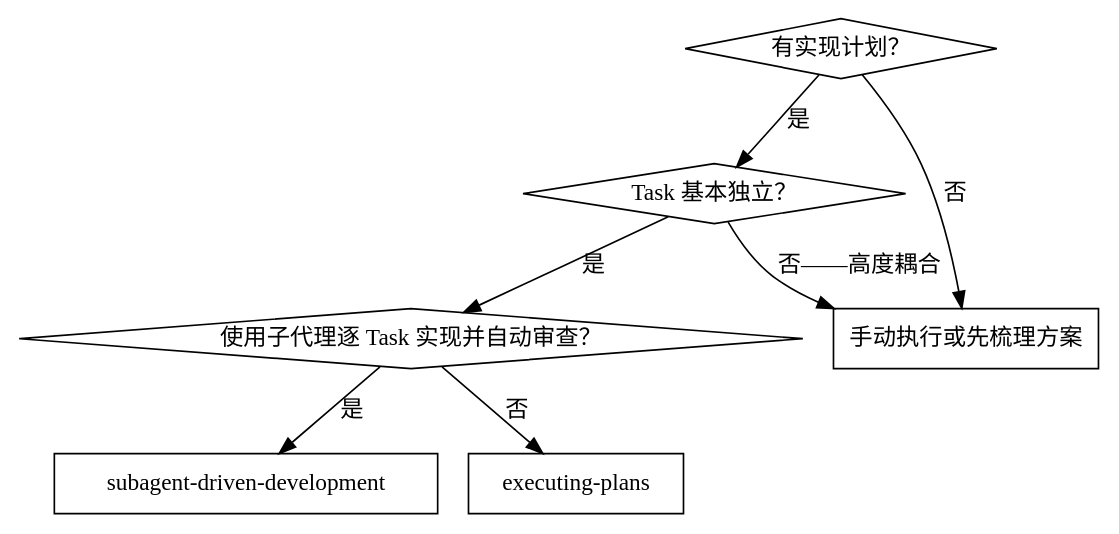
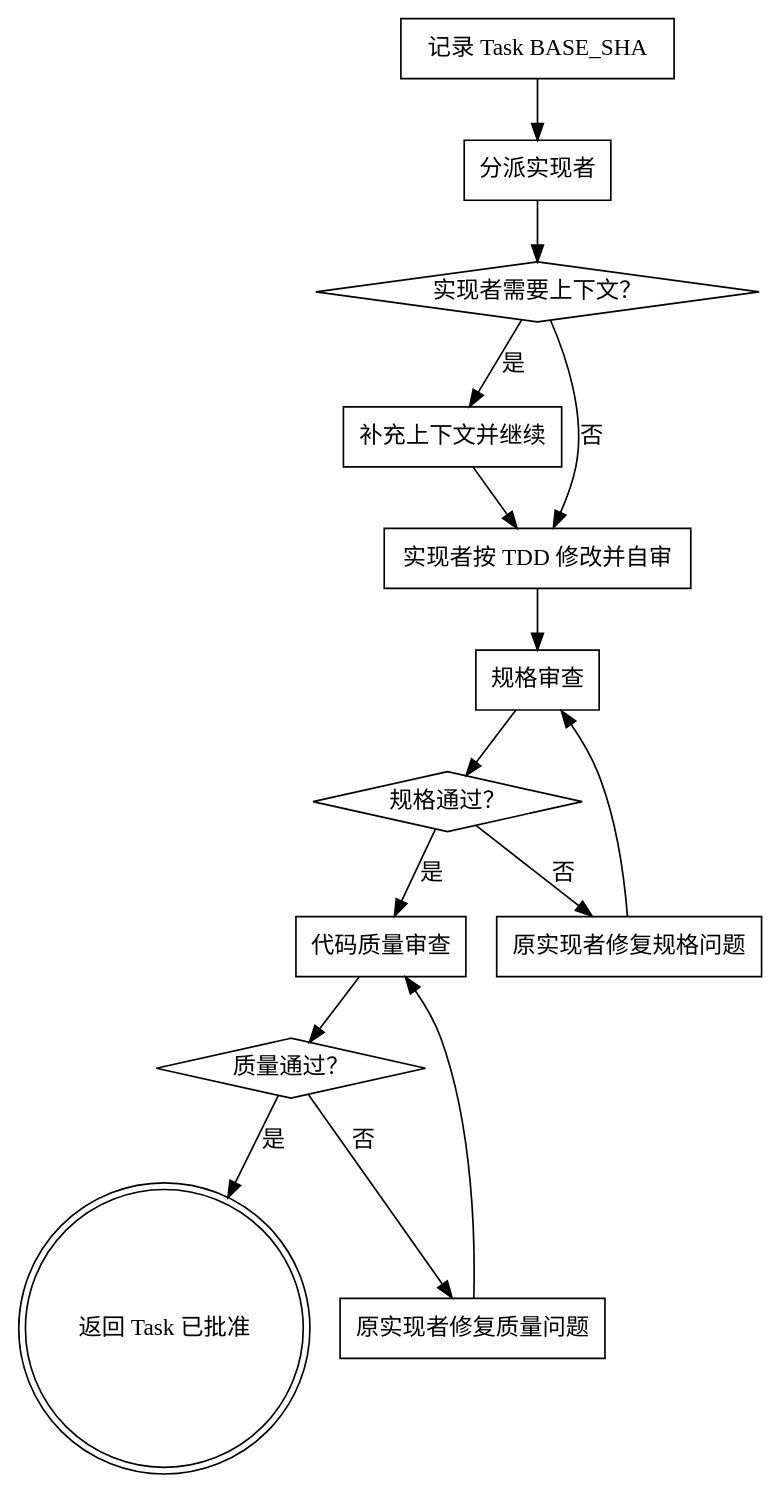
One commit to DawnMoon1542/agents-skills changed the diagram in workflow/subagent-driven-development/SKILL.md. Above: the diagram before and after it, drawn with Graphviz. The commit also changed other lines of this file and 14 other files, not shown here.

````diff
--- a/workflow/subagent-driven-development/SKILL.md
+++ b/workflow/subagent-driven-development/SKILL.md
@@ -22,17 +46,31 @@
 ```dot
-digraph when_to_use {
-    "有实现计划？" [shape=diamond];
-    "Task 基本独立？" [shape=diamond];
-    "使用子代理逐 Task 实现并自动审查？" [shape=diamond];
-    "subagent-driven-development" [shape=box];
-    "executing-plans" [shape=box];
-    "手动执行或先梳理方案" [shape=box];
+digraph task_flow {
+    "记录 Task BASE_SHA" [shape=box];
+    "分派实现者" [shape=box];
+    "实现者需要上下文？" [shape=diamond];
+    "补充上下文并继续" [shape=box];
+    "实现者按 TDD 修改并自审" [shape=box];
+    "规格审查" [shape=box];
+    "规格通过？" [shape=diamond];
+    "原实现者修复规格问题" [shape=box];
+    "代码质量审查" [shape=box];
+    "质量通过？" [shape=diamond];
+    "原实现者修复质量问题" [shape=box];
+    "返回 Task 已批准" [shape=doublecircle];
 
-    "有实现计划？" -> "Task 基本独立？" [label="是"];
-    "有实现计划？" -> "手动执行或先梳理方案" [label="否"];
-    "Task 基本独立？" -> "使用子代理逐 Task 实现并自动审查？" [label="是"];
-    "Task 基本独立？" -> "手动执行或先梳理方案" [label="否——高度耦合"];
-    "使用子代理逐 Task 实现并自动审查？" -> "subagent-driven-development" [label="是"];
-    "使用子代理逐 Task 实现并自动审查？" -> "executing-plans" [label="否"];
+    "记录 Task BASE_SHA" -> "分派实现者";
+    "分派实现者" -> "实现者需要上下文？";
+    "实现者需要上下文？" -> "补充上下文并继续" [label="是"];
+    "补充上下文并继续" -> "实现者按 TDD 修改并自审";
+    "实现者需要上下文？" -> "实现者按 TDD 修改并自审" [label="否"];
+    "实现者按 TDD 修改并自审" -> "规格审查";
+    "规格审查" -> "规格通过？";
+    "规格通过？" -> "原实现者修复规格问题" [label="否"];
+    "原实现者修复规格问题" -> "规格审查";
+    "规格通过？" -> "代码质量审查" [label="是"];
+    "代码质量审查" -> "质量通过？";
+    "质量通过？" -> "原实现者修复质量问题" [label="否"];
+    "原实现者修复质量问题" -> "代码质量审查";
+    "质量通过？" -> "返回 Task 已批准" [label="是"];
 }
 ```
````
